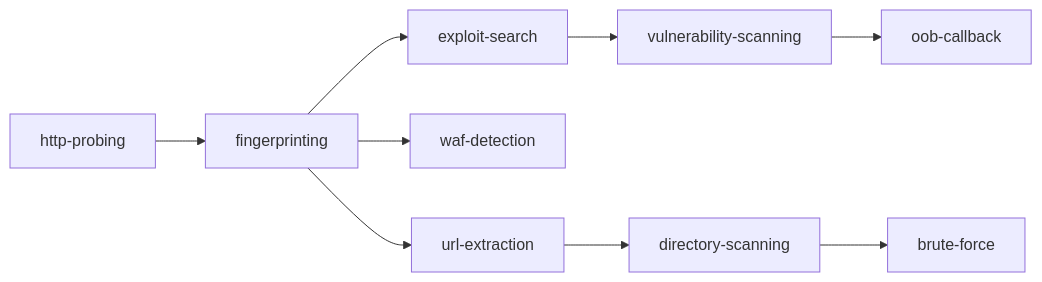
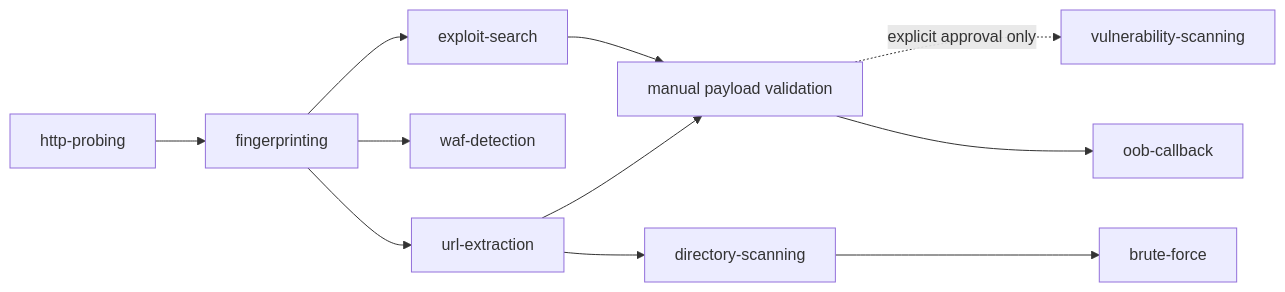
Before and after one commit to zhinan904/authorized-appsec: the first of 3 diagrams in commands/capabilities.md, drawn with Mermaid. The commit also changed 83 other files, not shown here.

````diff
--- a/commands/capabilities.md
+++ b/commands/capabilities.md
@@ -481,11 +481,13 @@
 ```mermaid
 flowchart LR
     A[http-probing] --> B[fingerprinting]
     B --> C[exploit-search]
     B --> W[waf-detection]
     B --> D[url-extraction]
     D --> E[directory-scanning]
-    C --> F[vulnerability-scanning]
+    C --> F[manual payload validation]
+    D --> F
     E --> G[brute-force]
+    F -. explicit approval only .-> S[vulnerability-scanning]
     F --> O[oob-callback]
 ```
````
